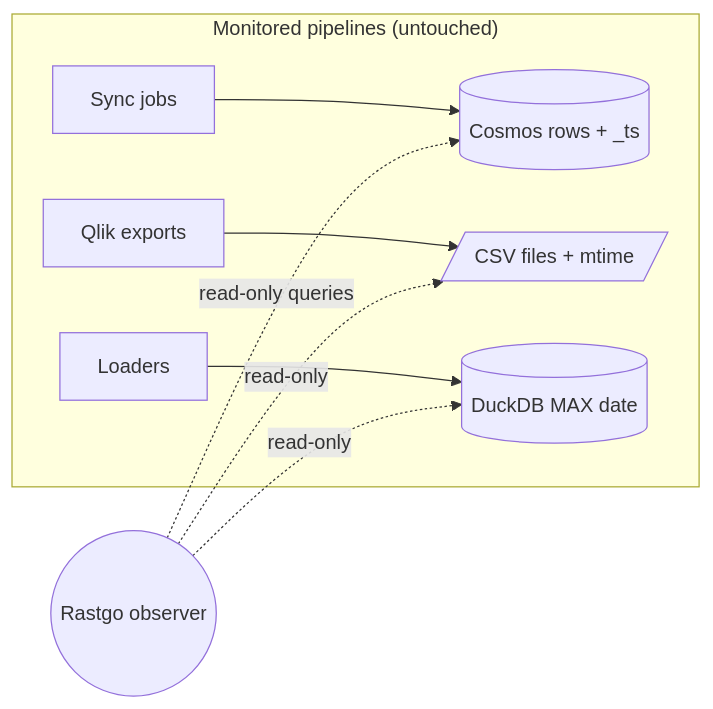
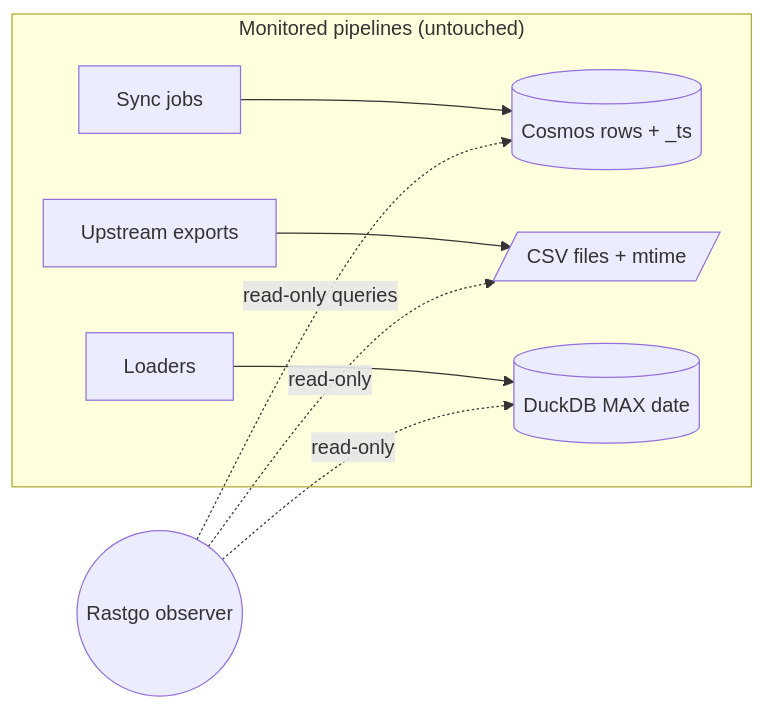
Before and after one commit to ShiftSoftware/ADP: the third of 5 diagrams in ADP.Docs/Docs/docs/integrations/rastgo/concepts.md, drawn with Mermaid. The commit also changed other lines of this file and 11 other files, not shown here.

````diff
--- a/ADP.Docs/Docs/docs/integrations/rastgo/concepts.md
+++ b/ADP.Docs/Docs/docs/integrations/rastgo/concepts.md
@@ -66,11 +66,11 @@
 ```mermaid
 flowchart LR
     subgraph MON["Monitored pipelines (untouched)"]
       P1[Sync jobs] --> F1[(Cosmos rows + _ts)]
-      P2[Qlik exports] --> F2[/CSV files + mtime/]
+      P2[Upstream exports] --> F2[/CSV files + mtime/]
       P3[Loaders] --> F3[(DuckDB MAX date)]
     end
     OBS((Rastgo observer)) -. "read-only queries" .-> F1
     OBS -. "read-only" .-> F2
     OBS -. "read-only" .-> F3
 ```
````
